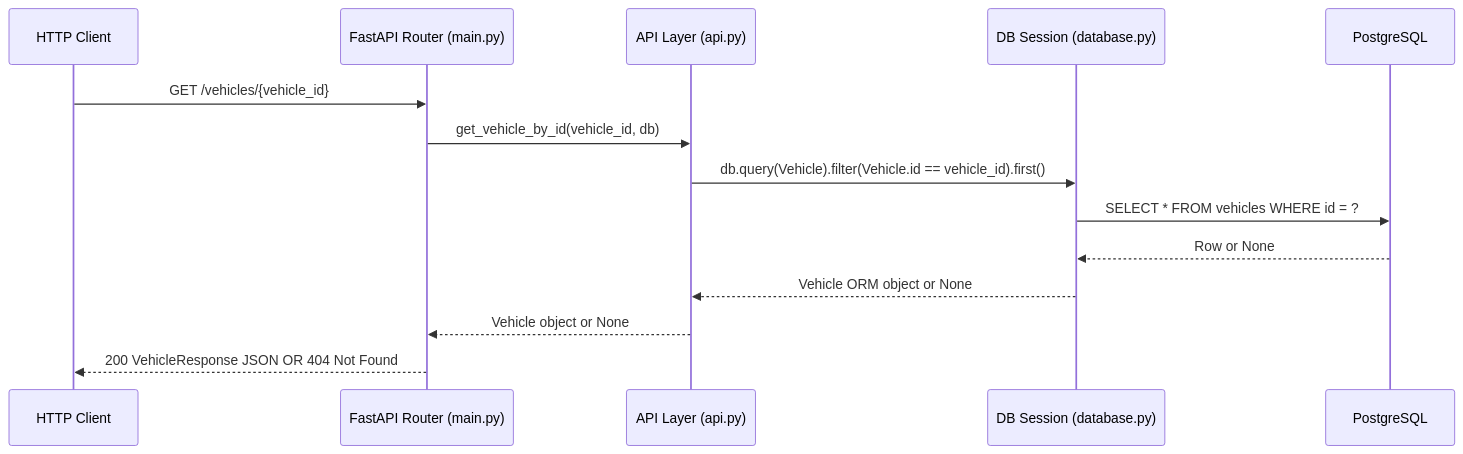
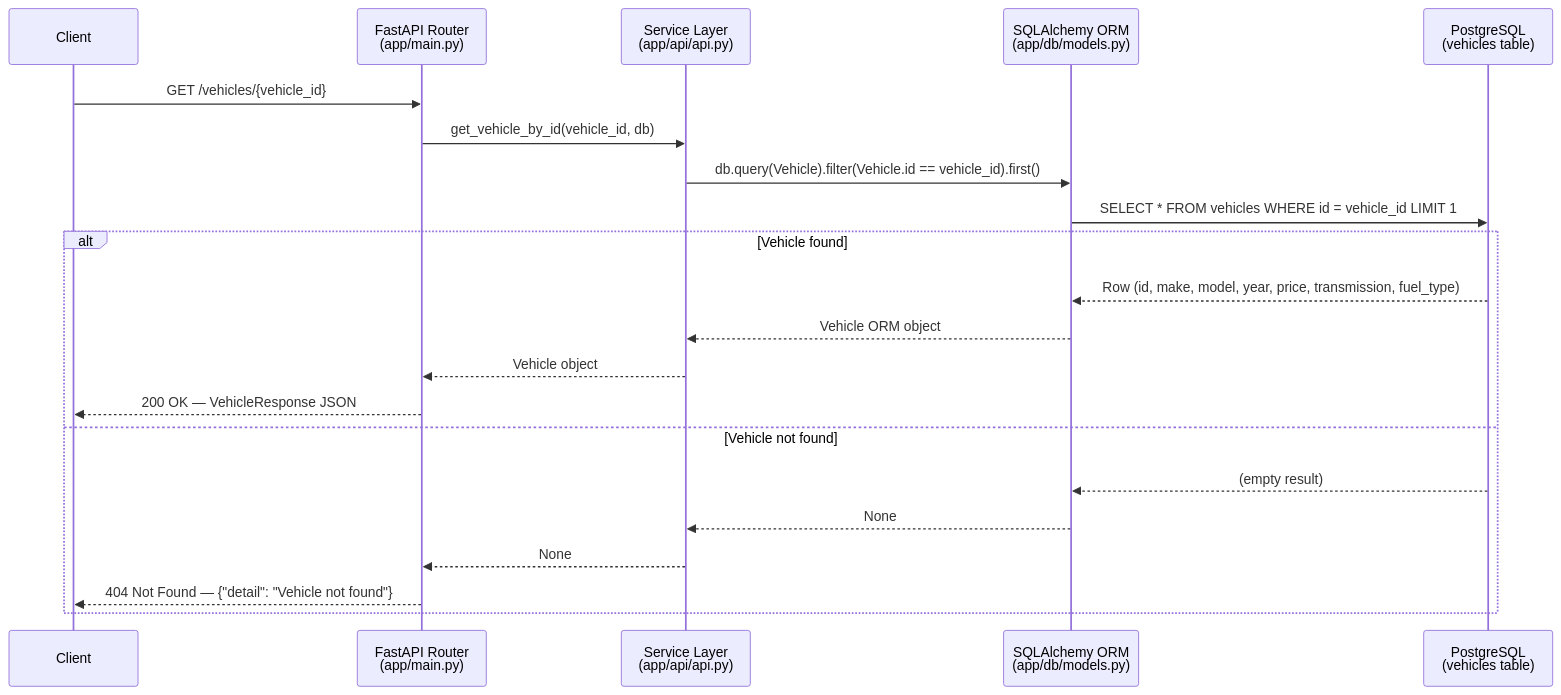
One commit to aakash-automation-x/sdlc-copilot-capstone changed the second of 2 diagrams in artifacts/architecture.md. Above: the diagram before and after it, drawn with Mermaid. The commit also changed other lines of this file, not shown here.

First line of the commit message:
docs: address DR-001 (422 contract) and DR-002 (Decimal->float) in architecture

````diff
--- a/artifacts/architecture.md
+++ b/artifacts/architecture.md
@@ -61,17 +114,24 @@
 ```mermaid
 sequenceDiagram
-    participant C as HTTP Client
-    participant R as FastAPI Router (main.py)
-    participant A as API Layer (api.py)
-    participant D as DB Session (database.py)
-    participant P as PostgreSQL
+    participant Client
+    participant Router as FastAPI Router<br/>(app/main.py)
+    participant Service as Service Layer<br/>(app/api/api.py)
+    participant ORM as SQLAlchemy ORM<br/>(app/db/models.py)
+    participant DB as PostgreSQL<br/>(vehicles table)
 
-    C->>R: GET /vehicles/{vehicle_id}
-    R->>A: get_vehicle_by_id(vehicle_id, db)
-    A->>D: db.query(Vehicle).filter(Vehicle.id == vehicle_id).first()
-    D->>P: SELECT * FROM vehicles WHERE id = ?
-    P-->>D: Row or None
-    D-->>A: Vehicle ORM object or None
-    A-->>R: Vehicle object or None
-    R-->>C: 200 VehicleResponse JSON  OR  404 Not Found
+    Client->>Router: GET /vehicles/{vehicle_id}
+    Router->>Service: get_vehicle_by_id(vehicle_id, db)
+    Service->>ORM: db.query(Vehicle).filter(Vehicle.id == vehicle_id).first()
+    ORM->>DB: SELECT * FROM vehicles WHERE id = vehicle_id LIMIT 1
+    alt Vehicle found
+        DB-->>ORM: Row (id, make, model, year, price, transmission, fuel_type)
+        ORM-->>Service: Vehicle ORM object
+        Service-->>Router: Vehicle object
+        Router-->>Client: 200 OK — VehicleResponse JSON
+    else Vehicle not found
+        DB-->>ORM: (empty result)
+        ORM-->>Service: None
+        Service-->>Router: None
+        Router-->>Client: 404 Not Found — {"detail": "Vehicle not found"}
+    end
 ```
````
